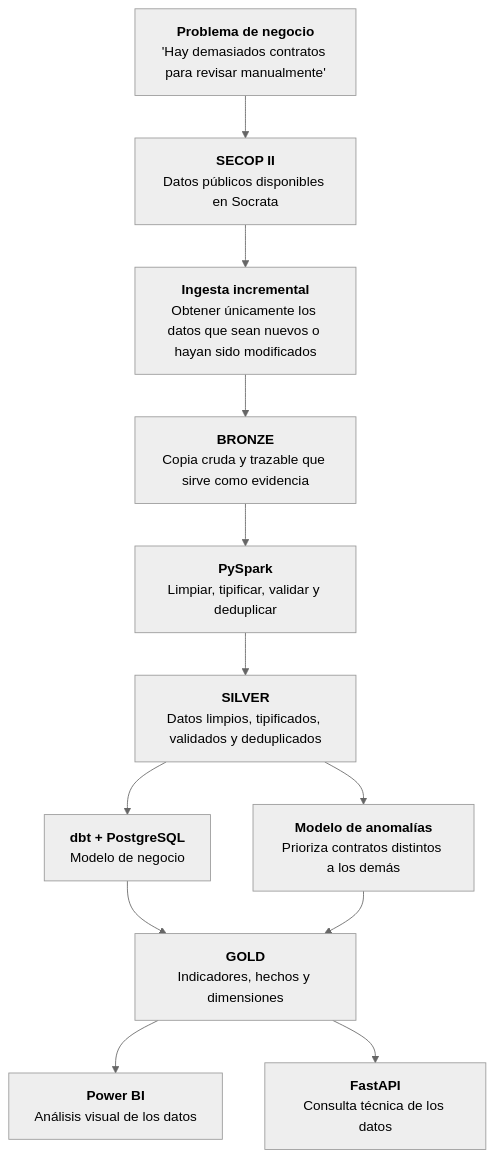
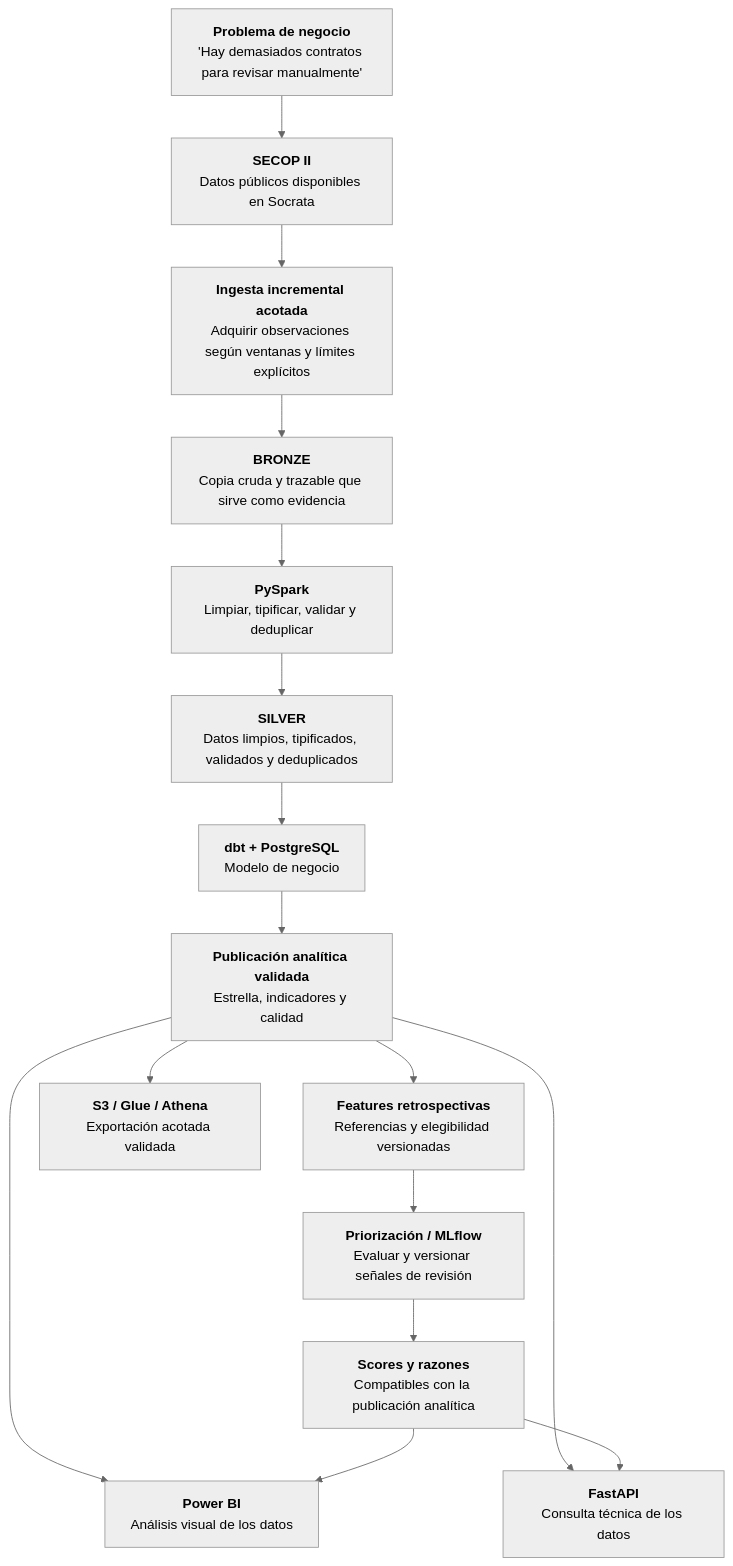
One commit to camiloandcu/observatorio-secop changed the diagram in README.md. Above: the diagram before and after it, drawn with Mermaid (neutral theme). The commit also changed other lines of this file, not shown here.

Commit message:
docs: align overview with observed contract scope and publication flow (#32)

````diff
--- a/README.md
+++ b/README.md
@@ -14,26 +13,33 @@
 ```mermaid
 flowchart TD
     A["<b>Problema de negocio</b><br/>'Hay demasiados contratos para revisar manualmente'"]
     B["<b>SECOP II</b><br/>Datos públicos disponibles en Socrata"]
-    C["<b>Ingesta incremental</b><br/>Obtener únicamente los datos que sean nuevos o hayan sido modificados"]
+    C["<b>Ingesta incremental acotada</b><br/>Adquirir observaciones según ventanas y límites explícitos"]
     D["<b>BRONZE</b><br/>Copia cruda y trazable que sirve como evidencia"]
     E["<b>PySpark</b><br/>Limpiar, tipificar, validar y deduplicar"]
     F["<b>SILVER</b><br/>Datos limpios, tipificados, validados y deduplicados"]
     G["<b>dbt + PostgreSQL</b><br/>Modelo de negocio"]
-    H["<b>Modelo de anomalías</b><br/>Prioriza contratos distintos a los demás"]
-    I["<b>GOLD</b><br/>Indicadores, hechos y dimensiones"]
+    H["<b>Priorización / MLflow</b><br/>Evaluar y versionar señales de revisión"]
+    I["<b>Publicación analítica validada</b><br/>Estrella, indicadores y calidad"]
     J["<b>Power BI</b><br/>Análisis visual de los datos"]
     K["<b>FastAPI</b><br/>Consulta técnica de los datos"]
+    L["<b>Features retrospectivas</b><br/>Referencias y elegibilidad versionadas"]
+    M["<b>Scores y razones</b><br/>Compatibles con la publicación analítica"]
+    N["<b>S3 / Glue / Athena</b><br/>Exportación acotada validada"]
 
     A --> B
     B --> C
     C --> D
     D --> E
     E --> F
     F --> G
-    F --> H
     G --> I
-    H --> I
     I --> J
     I --> K
+    I --> L
+    L --> H
+    H --> M
+    M --> J
+    M --> K
+    I --> N
 ```
````
